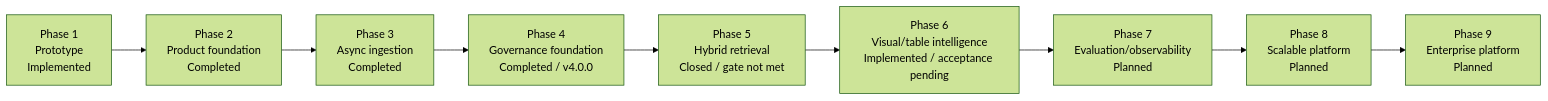
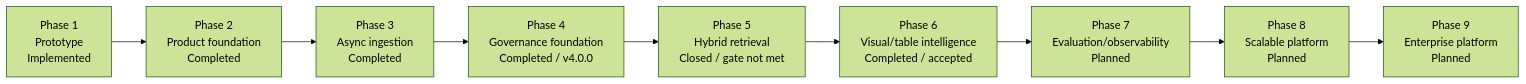
One commit to mvyas412/ai-projects changed the second of 11 diagrams in mm-rag-full-stack-genai-bootcamp-3.0/docs/architecture/ARCHITECTURE.md. Above: the diagram before and after it, drawn with Mermaid (forest theme). The commit also changed other lines of this file and 10 other files, not shown here.

Commit message:
feat(mm-rag): promote Phase 6 visual profile

````diff
--- a/mm-rag-full-stack-genai-bootcamp-3.0/docs/architecture/ARCHITECTURE.md
+++ b/mm-rag-full-stack-genai-bootcamp-3.0/docs/architecture/ARCHITECTURE.md
@@ -176,12 +177,12 @@
 ```mermaid
 flowchart LR
     p1["Phase 1<br/>Prototype<br/>Implemented"] -->
     p2["Phase 2<br/>Product foundation<br/>Completed"] -->
     p3["Phase 3<br/>Async ingestion<br/>Completed"] -->
     p4["Phase 4<br/>Governance foundation<br/>Completed / v4.0.0"] -->
     p5["Phase 5<br/>Hybrid retrieval<br/>Closed / gate not met"] -->
-    p6["Phase 6<br/>Visual/table intelligence<br/>Implemented / acceptance pending"] -->
+    p6["Phase 6<br/>Visual/table intelligence<br/>Completed / accepted"] -->
     p7["Phase 7<br/>Evaluation/observability<br/>Planned"] -->
     p8["Phase 8<br/>Scalable platform<br/>Planned"] -->
     p9["Phase 9<br/>Enterprise platform<br/>Planned"]
 ```
````
